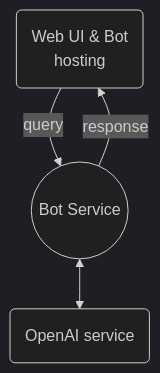
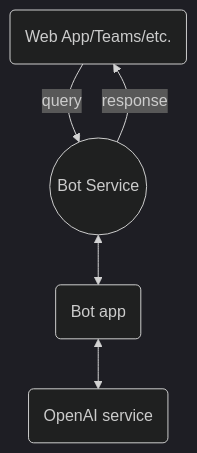
The diagram in README.md (michalmar/openai-demos-bot-webapp), drawn with Mermaid (dark theme) before and after one commit.

Commit message:
change arch diagram

````diff
--- a/README.md
+++ b/README.md
@@ -35,7 +35,7 @@
 ```mermaid
 graph TD;
-webapp(Web UI & Bot\n hosting) -- query --> bot;
-bot((Bot Service)) -- response --> webapp;
-bot <-->  oai(OpenAI service);
+webapp(Web App/Teams/etc.) -- query --> bot;
+fe <-->  oai(OpenAI service);bot((Bot Service)) -- response --> webapp;
+bot <--> fe(Bot app);
 
 ```
````
